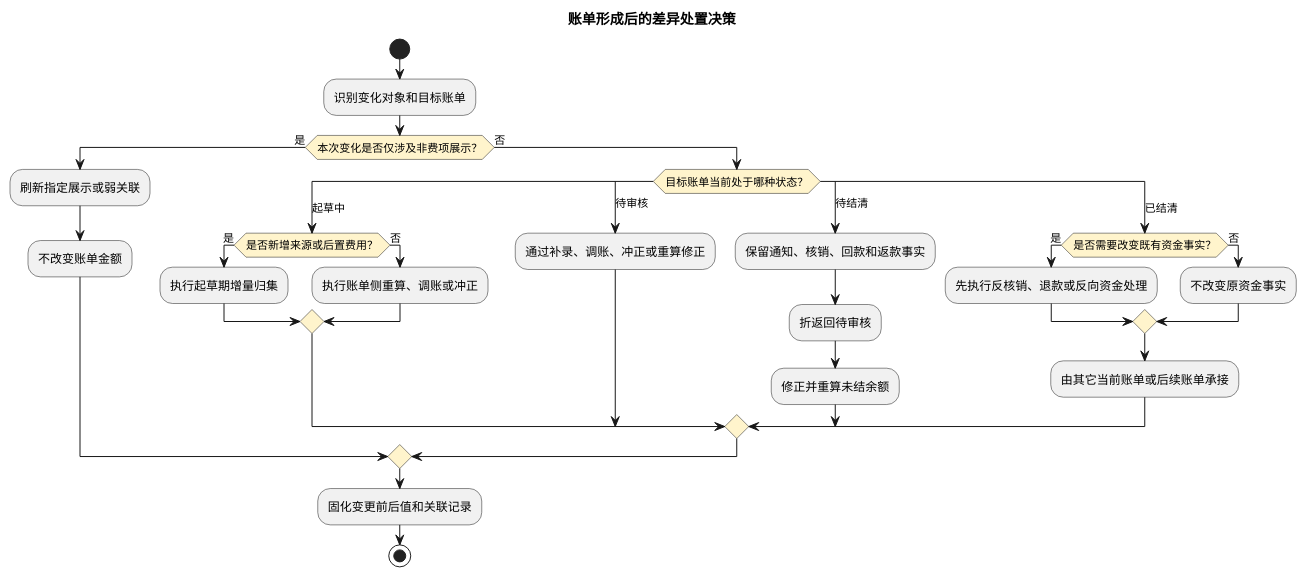
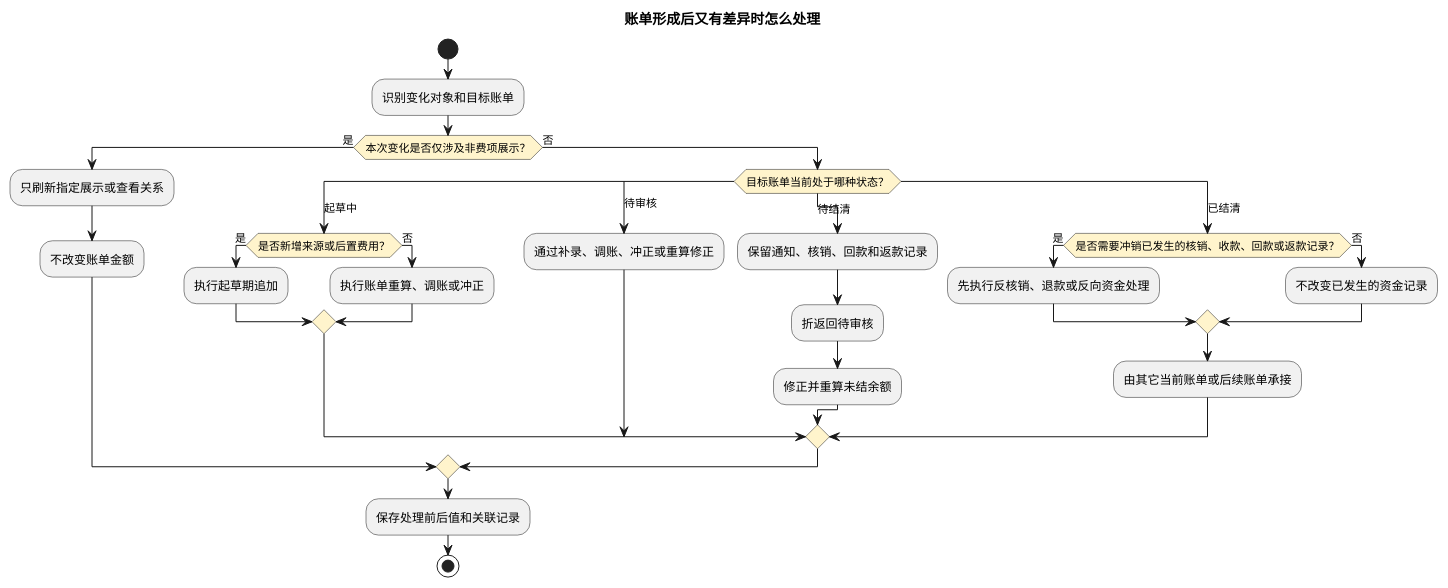
One commit to jack888332/projects-doc changed diagram 11 of 20 in product-caliber/bms/prd/财务系统.PRD.md. Above: the diagram before and after it, drawn with PlantUML. The commit also changed other lines of this file and 1 other file, not shown here.

````diff
--- a/product-caliber/bms/prd/财务系统.PRD.md
+++ b/product-caliber/bms/prd/财务系统.PRD.md
@@ -1271,39 +1280,39 @@
 ```plantuml
 @startuml
-title 账单形成后的差异处置决策
+title 账单形成后又有差异时怎么处理
 skinparam activityDiamondBackgroundColor #FFF4CC
 
 start
 :识别变化对象和目标账单;
 
 if (本次变化是否仅涉及非费项展示？) then (是)
-  :刷新指定展示或弱关联;
+  :只刷新指定展示或查看关系;
   :不改变账单金额;
 else (否)
   switch (目标账单当前处于哪种状态？)
   case (起草中)
     if (是否新增来源或后置费用？) then (是)
-      :执行起草期增量归集;
+      :执行起草期追加;
     else (否)
-      :执行账单侧重算、调账或冲正;
+      :执行账单重算、调账或冲正;
     endif
   case (待审核)
     :通过补录、调账、冲正或重算修正;
   case (待结清)
-    :保留通知、核销、回款和返款事实;
+    :保留通知、核销、回款和返款记录;
     :折返回待审核;
     :修正并重算未结余额;
   case (已结清)
-    if (是否需要改变既有资金事实？) then (是)
+    if (是否需要冲销已发生的核销、收款、回款或返款记录？) then (是)
       :先执行反核销、退款或反向资金处理;
     else (否)
-      :不改变原资金事实;
+      :不改变已发生的资金记录;
     endif
     :由其它当前账单或后续账单承接;
   endswitch
 endif
 
-:固化变更前后值和关联记录;
+:保存处理前后值和关联记录;
 stop
 @enduml
 ```
````
